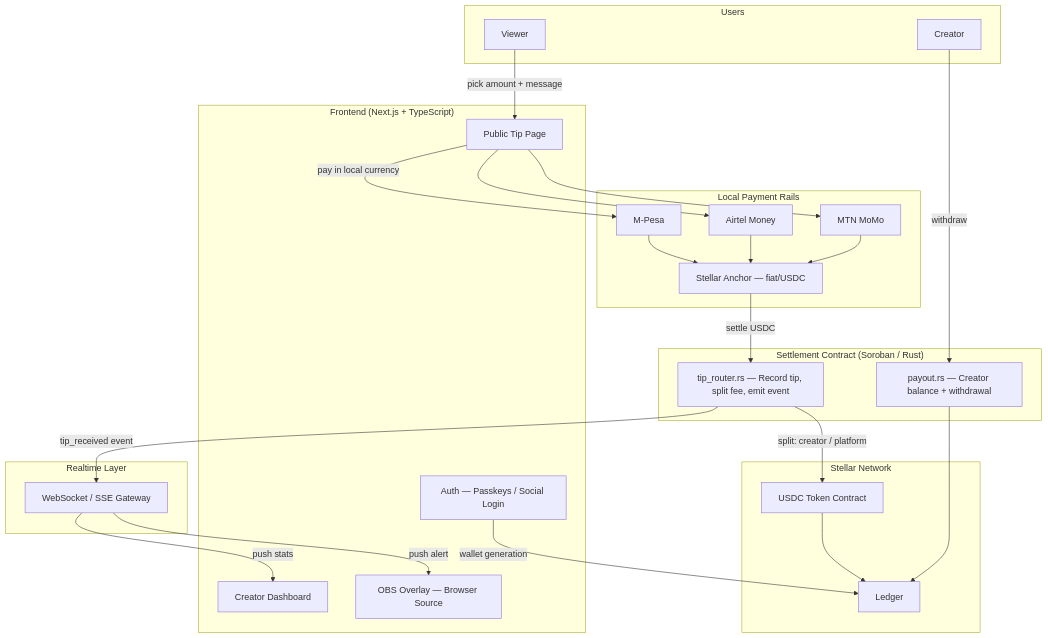
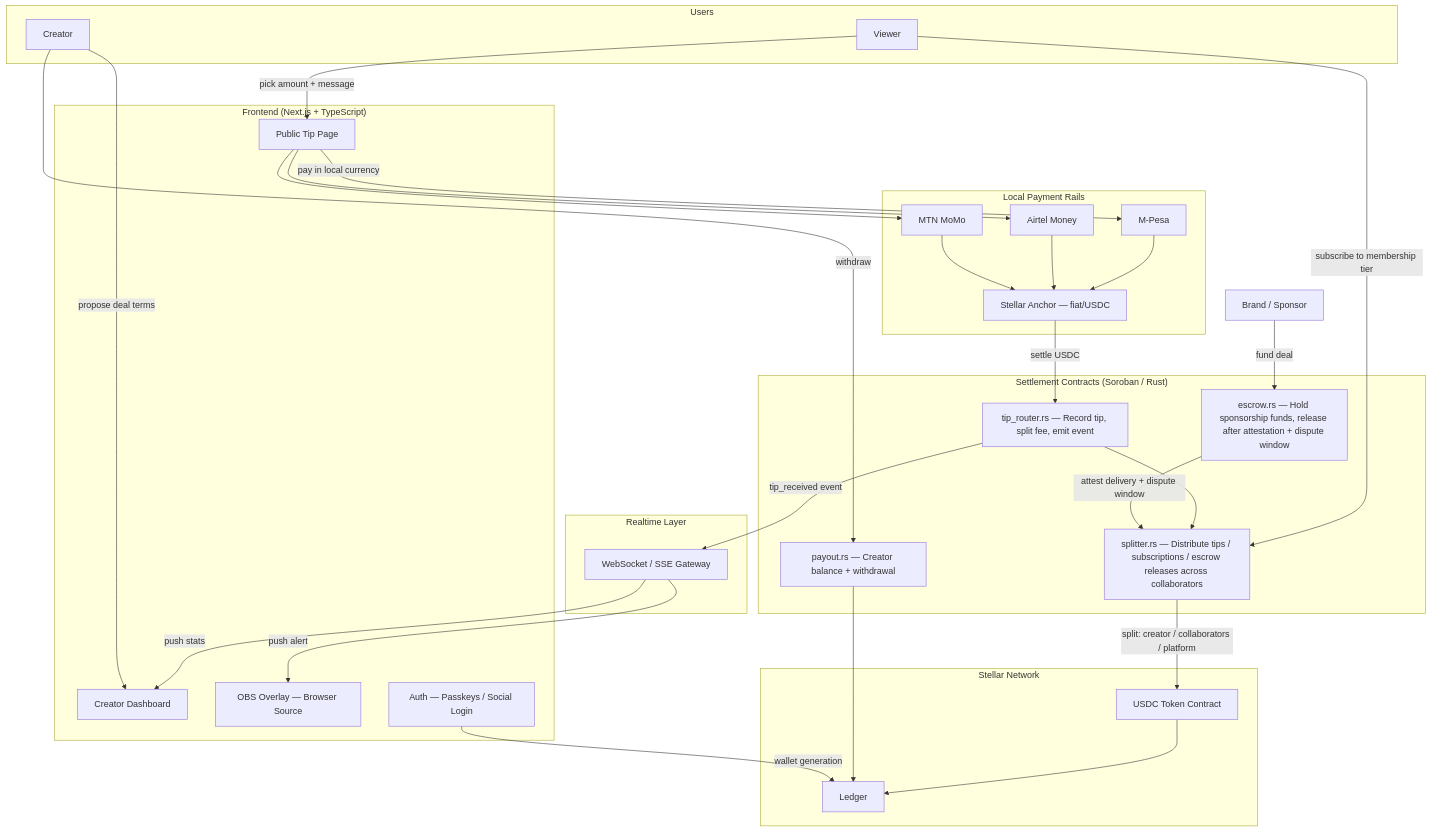
One commit to CreatorPesa/Frontend changed the first of 2 diagrams in README.md. Above: the diagram before and after it, drawn with Mermaid. The commit also changed other lines of this file, not shown here.

Commit message:
docs: extend architecture docs to cover sponsorship escrow and subscriptions, not just tips

````diff
--- a/README.md
+++ b/README.md
@@ -39,54 +39,64 @@
 ```mermaid
 graph TB
     subgraph Users
         V[Viewer]
         C[Creator]
     end
 
     subgraph Frontend["Frontend (Next.js + TypeScript)"]
         DASH[Creator Dashboard]
         TIP[Public Tip Page]
         OBS[OBS Overlay — Browser Source]
         AUTH[Auth — Passkeys / Social Login]
     end
 
     subgraph Payments["Local Payment Rails"]
         MPESA[M-Pesa]
         AIRTEL[Airtel Money]
         MOMO[MTN MoMo]
         ANCHOR[Stellar Anchor — fiat/USDC]
     end
 
-    subgraph Contract["Settlement Contract (Soroban / Rust)"]
+    subgraph Contract["Settlement Contracts (Soroban / Rust)"]
         ROUTER[tip_router.rs — Record tip, split fee, emit event]
+        ESCROW[escrow.rs — Hold sponsorship funds, release after attestation + dispute window]
+        SPLIT[splitter.rs — Distribute tips / subscriptions / escrow releases across collaborators]
         PAYOUT[payout.rs — Creator balance + withdrawal]
     end
 
     subgraph Realtime["Realtime Layer"]
         WS[WebSocket / SSE Gateway]
     end
 
     subgraph Stellar["Stellar Network"]
         LEDGER[Ledger]
         USDC[USDC Token Contract]
     end
 
+    B[Brand / Sponsor]
+
     V -->|pick amount + message| TIP
     TIP -->|pay in local currency| MPESA
     TIP --> AIRTEL
     TIP --> MOMO
     MPESA --> ANCHOR
     AIRTEL --> ANCHOR
     MOMO --> ANCHOR
     ANCHOR -->|settle USDC| ROUTER
-    ROUTER -->|split: creator / platform| USDC
+    V -->|subscribe to membership tier| SPLIT
+    ROUTER --> SPLIT
+    SPLIT -->|split: creator / collaborators / platform| USDC
     USDC --> LEDGER
     ROUTER -->|tip_received event| WS
     WS -->|push alert| OBS
     WS -->|push stats| DASH
+
+    B -->|fund deal| ESCROW
+    ESCROW -->|attest delivery + dispute window| SPLIT
+    C -->|propose deal terms| DASH
 
     C -->|withdraw| PAYOUT
     PAYOUT --> LEDGER
 
     AUTH -->|wallet generation| LEDGER
 ```
````
